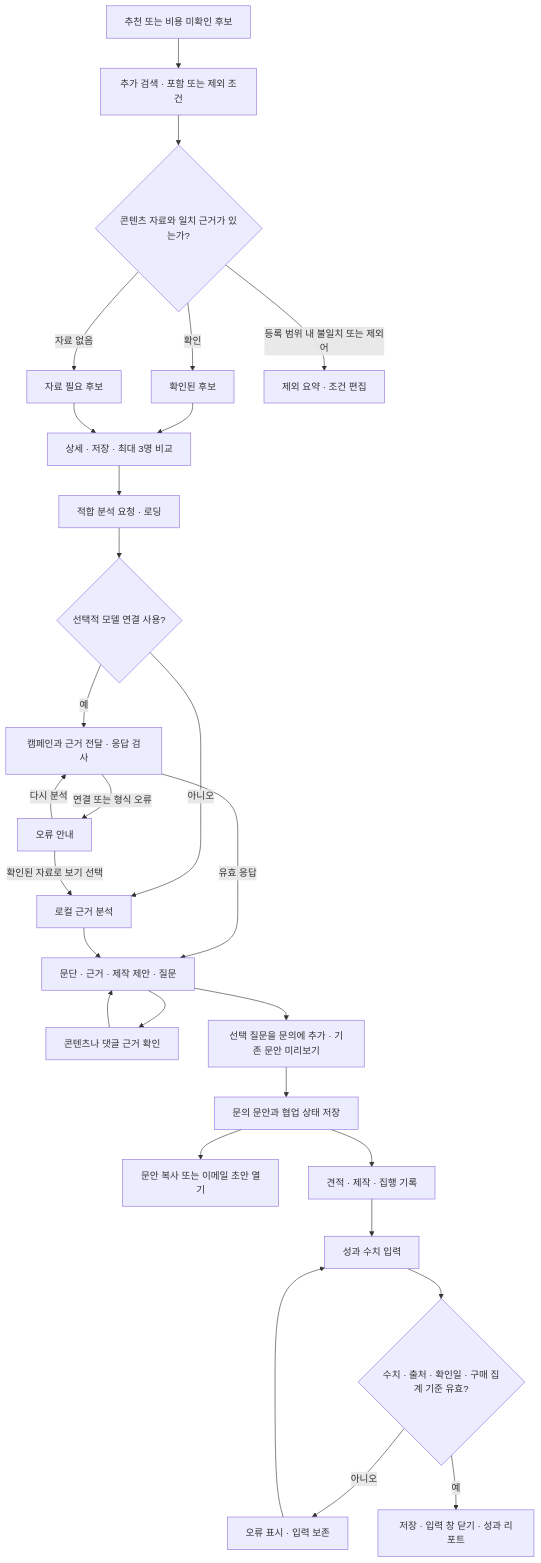
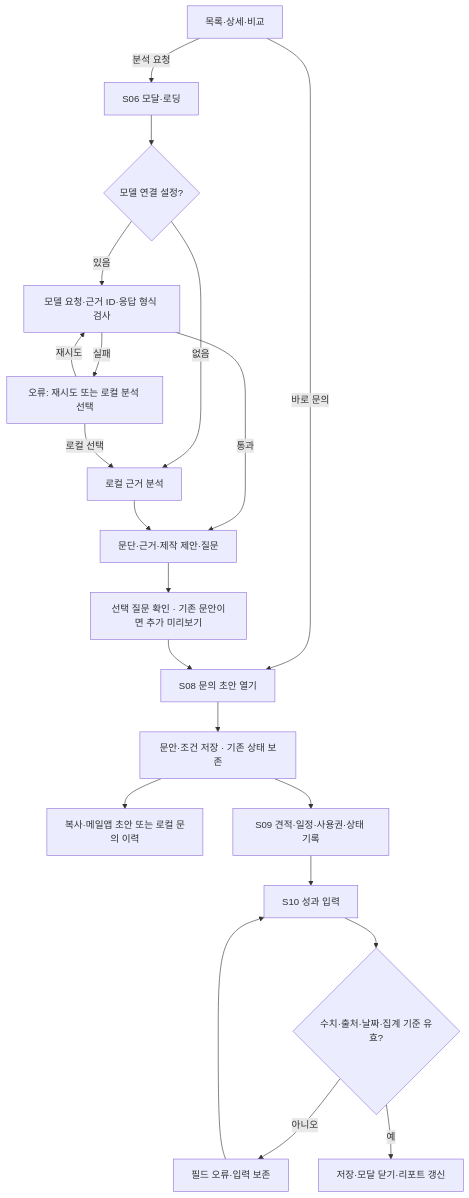
The seventh of 7 diagrams in flowchart.md (vk2commits/creator-match), drawn with Mermaid before and after one commit. The commit also changed other lines of this file and 10 other files, not shown here.

````diff
--- a/flowchart.md
+++ b/flowchart.md
@@ -81,30 +183,23 @@
 ```mermaid
 flowchart TD
-    A["추천 또는 비용 미확인 후보"] --> B["추가 검색 · 포함 또는 제외 조건"]
-    B --> C{"콘텐츠 자료와 일치 근거가 있는가?"}
-    C -->|확인| D["확인된 후보"]
-    C -->|자료 없음| E["자료 필요 후보"]
-    C -->|등록 범위 내 불일치 또는 제외어| F["제외 요약 · 조건 편집"]
-    D --> G["상세 · 저장 · 최대 3명 비교"]
-    E --> G
-    G --> H["적합 분석 요청 · 로딩"]
-    H --> I{"선택적 모델 연결 사용?"}
-    I -->|아니오| J["로컬 근거 분석"]
-    I -->|예| K["캠페인과 근거 전달 · 응답 검사"]
-    K -->|연결 또는 형식 오류| ERR["오류 안내"]
-    ERR -->|다시 분석| K
-    ERR -->|확인된 자료로 보기 선택| J
-    K -->|유효 응답| L["문단 · 근거 · 제작 제안 · 질문"]
-    J --> L
-    L --> M["콘텐츠나 댓글 근거 확인"]
-    M --> L
-    L --> N["선택 질문을 문의에 추가 · 기존 문안 미리보기"]
-    N --> O["문의 문안과 협업 상태 저장"]
-    O --> P["문안 복사 또는 이메일 초안 열기"]
-    O --> Q["견적 · 제작 · 집행 기록"]
-    Q --> R["성과 수치 입력"]
-    R --> S{"수치 · 출처 · 확인일 · 구매 집계 기준 유효?"}
-    S -->|아니오| T["오류 표시 · 입력 보존"]
-    T --> R
-    S -->|예| U["저장 · 입력 창 닫기 · 성과 리포트"]
+    A["목록·상세·비교"] -->|바로 문의| I["S08 문의 초안 열기"]
+    A -->|분석 요청| B["S06 모달·로딩"]
+    B --> C{"모델 연결 설정?"}
+    C -->|없음| D["로컬 근거 분석"]
+    C -->|있음| E["모델 요청·근거 ID·응답 형식 검사"]
+    E -->|실패| F["오류: 재시도 또는 로컬 분석 선택"]
+    F -->|재시도| E
+    F -->|로컬 선택| D
+    E -->|통과| G["문단·근거·제작 제안·질문"]
+    D --> G
+    G --> H["선택 질문 확인 · 기존 문안이면 추가 미리보기"]
+    H --> I
+    I --> J["문안·조건 저장 · 기존 상태 보존"]
+    J --> K["복사·메일앱 초안 또는 로컬 문의 이력"]
+    J --> L["S09 견적·일정·사용권·상태 기록"]
+    L --> M["S10 성과 입력"]
+    M --> N{"수치·출처·날짜·집계 기준 유효?"}
+    N -->|아니오| O["필드 오류·입력 보존"]
+    O --> M
+    N -->|예| P["저장·모달 닫기·리포트 갱신"]
 ```
````
